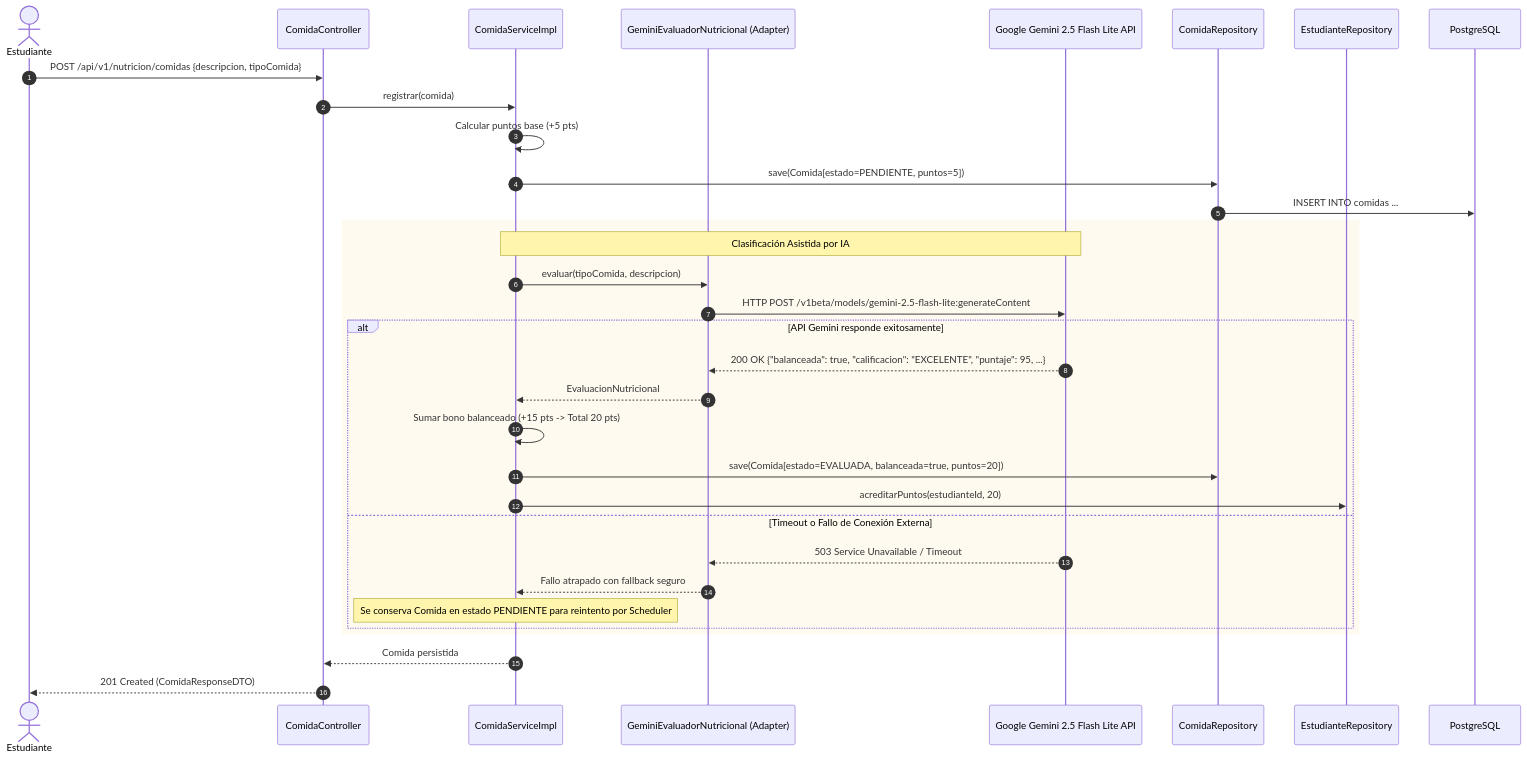
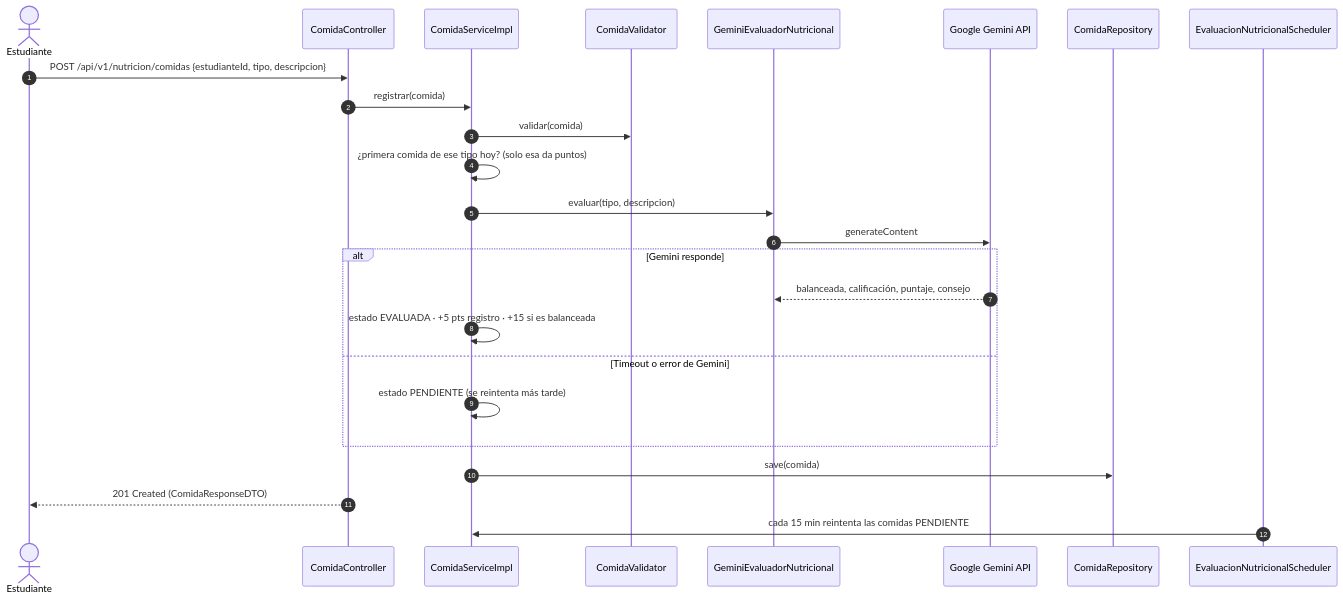
The third of 5 diagrams in docs/arquitectura-hld.md (ECI-FIT/ecifit-backend), drawn with Mermaid before and after one commit. The commit also changed other lines of this file and 7 other files, not shown here.

Commit message:
docs: diagrama de clases, HLD, README y documento de arquitectura

````diff
--- a/docs/arquitectura-hld.md
+++ b/docs/arquitectura-hld.md
@@ -1082,38 +1132,28 @@
 ```mermaid
 sequenceDiagram
     autonumber
-    actor Estudiante as Estudiante
-    participant ComidaCtrl as ComidaController
-    participant ComidaSvc as ComidaServiceImpl
-    participant GeminiClient as GeminiEvaluadorNutricional (Adapter)
-    participant GeminiAPI as Google Gemini 2.5 Flash Lite API
-    participant ComidaRepo as ComidaRepository
-    participant EstRepo as EstudianteRepository
-    participant BD as PostgreSQL
+    actor Est as Estudiante
+    participant Ctrl as ComidaController
+    participant Svc as ComidaServiceImpl
+    participant Val as ComidaValidator
+    participant IA as GeminiEvaluadorNutricional
+    participant Gemini as Google Gemini API
+    participant Repo as ComidaRepository
+    participant Sch as EvaluacionNutricionalScheduler
 
-    Estudiante->>ComidaCtrl: POST /api/v1/nutricion/comidas {descripcion, tipoComida}
-    ComidaCtrl->>ComidaSvc: registrar(comida)
-    ComidaSvc->>ComidaSvc: Calcular puntos base (+5 pts)
-    ComidaSvc->>ComidaRepo: save(Comida[estado=PENDIENTE, puntos=5])
-    ComidaRepo->>BD: INSERT INTO comidas ...
-    
-    rect rgb(255, 250, 240)
-        note over ComidaSvc,GeminiAPI: Clasificación Asistida por IA
-        ComidaSvc->>GeminiClient: evaluar(tipoComida, descripcion)
-        GeminiClient->>GeminiAPI: HTTP POST /v1beta/models/gemini-2.5-flash-lite:generateContent
-        alt API Gemini responde exitosamente
-            GeminiAPI-->>GeminiClient: 200 OK {"balanceada": true, "calificacion": "EXCELENTE", "puntaje": 95, ...}
-            GeminiClient-->>ComidaSvc: EvaluacionNutricional
-            ComidaSvc->>ComidaSvc: Sumar bono balanceado (+15 pts -> Total 20 pts)
-            ComidaSvc->>ComidaRepo: save(Comida[estado=EVALUADA, balanceada=true, puntos=20])
-            ComidaSvc->>EstRepo: acreditarPuntos(estudianteId, 20)
-        else Timeout o Fallo de Conexión Externa
-            GeminiAPI-->>GeminiClient: 503 Service Unavailable / Timeout
-            GeminiClient-->>ComidaSvc: Fallo atrapado con fallback seguro
-            note over ComidaSvc: Se conserva Comida en estado PENDIENTE para reintento por Scheduler
-        end
+    Est->>Ctrl: POST /api/v1/nutricion/comidas {estudianteId, tipo, descripcion}
+    Ctrl->>Svc: registrar(comida)
+    Svc->>Val: validar(comida)
+    Svc->>Svc: ¿primera comida de ese tipo hoy? (solo esa da puntos)
+    Svc->>IA: evaluar(tipo, descripcion)
+    IA->>Gemini: generateContent
+    alt Gemini responde
+        Gemini-->>IA: balanceada, calificación, puntaje, consejo
+        Svc->>Svc: estado EVALUADA · +5 pts registro · +15 si es balanceada
+    else Timeout o error de Gemini
+        Svc->>Svc: estado PENDIENTE (se reintenta más tarde)
     end
-    
-    ComidaSvc-->>ComidaCtrl: Comida persistida
-    ComidaCtrl-->>Estudiante: 201 Created (ComidaResponseDTO)
+    Svc->>Repo: save(comida)
+    Ctrl-->>Est: 201 Created (ComidaResponseDTO)
+    Sch->>Svc: cada 15 min reintenta las comidas PENDIENTE
 ```
````
